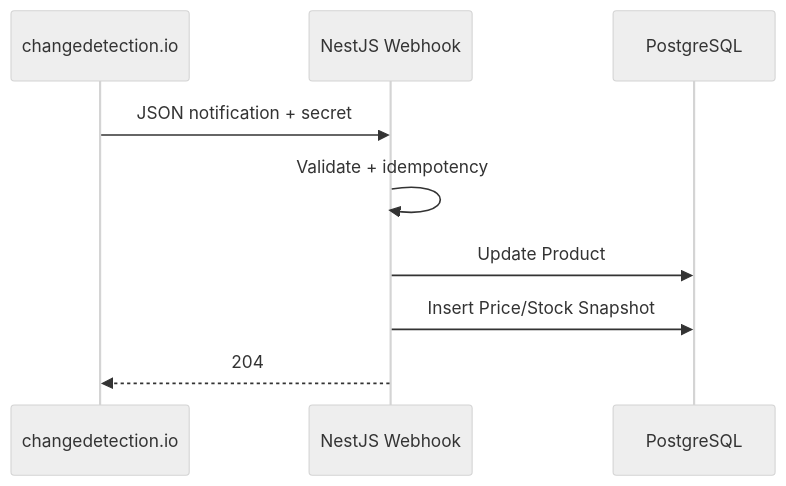
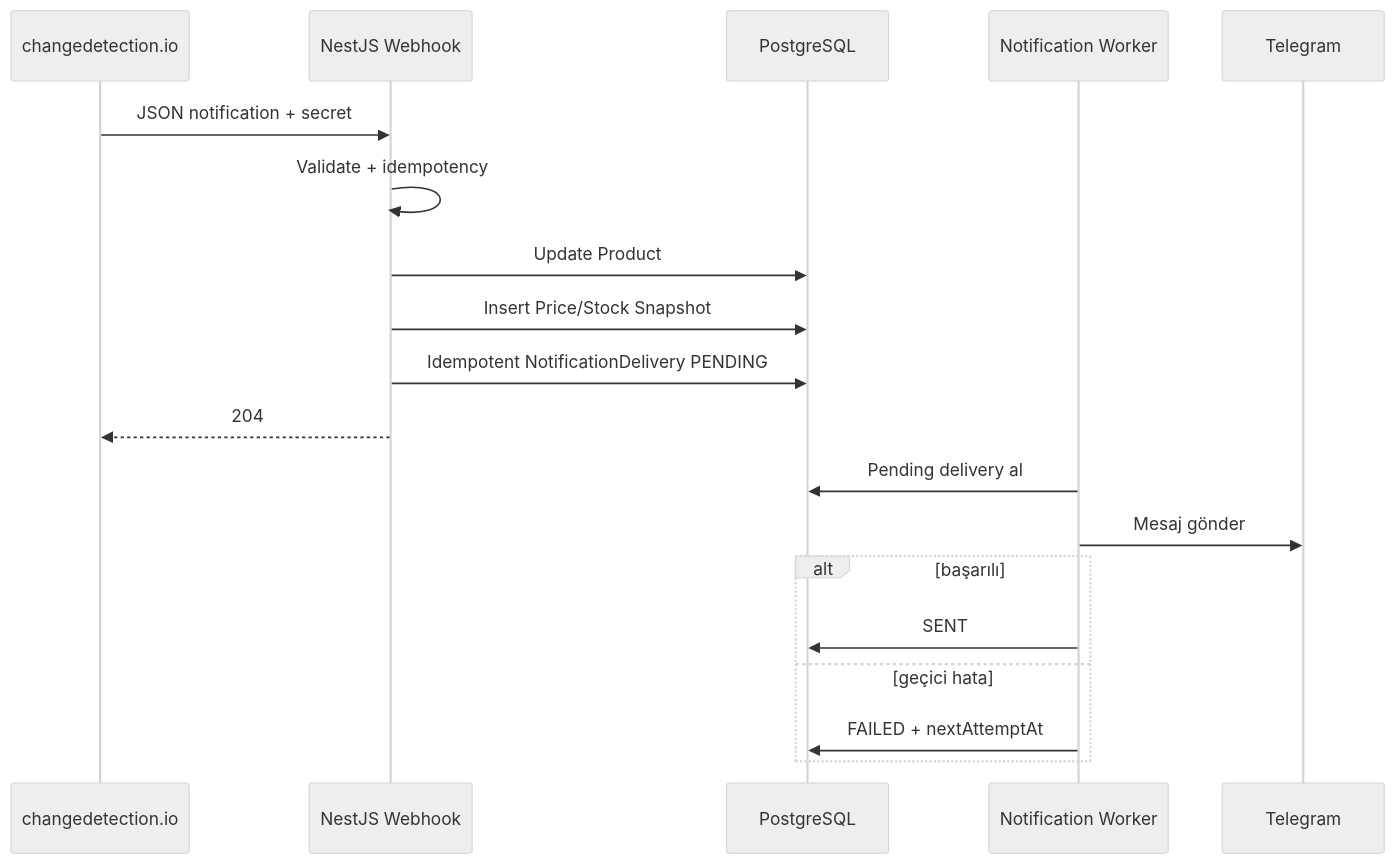
One commit to EfeAslangul/tracora changed the fourth of 4 diagrams in docs/ARCHITECTURE.md. Above: the diagram before and after it, drawn with Mermaid (neutral theme). The commit also changed other lines of this file and 16 other files, not shown here.

Commit message:
docs: define extensible tracking architecture

````diff
--- a/docs/ARCHITECTURE.md
+++ b/docs/ARCHITECTURE.md
@@ -109,12 +158,22 @@
 ```mermaid
 sequenceDiagram
     participant C as changedetection.io
     participant A as NestJS Webhook
     participant D as PostgreSQL
+    participant N as Notification Worker
+    participant T as Telegram
 
     C->>A: JSON notification + secret
     A->>A: Validate + idempotency
     A->>D: Update Product
     A->>D: Insert Price/Stock Snapshot
+    A->>D: Idempotent NotificationDelivery PENDING
     A-->>C: 204
+    N->>D: Pending delivery al
+    N->>T: Mesaj gönder
+    alt başarılı
+        N->>D: SENT
+    else geçici hata
+        N->>D: FAILED + nextAttemptAt
+    end
 ```
````
